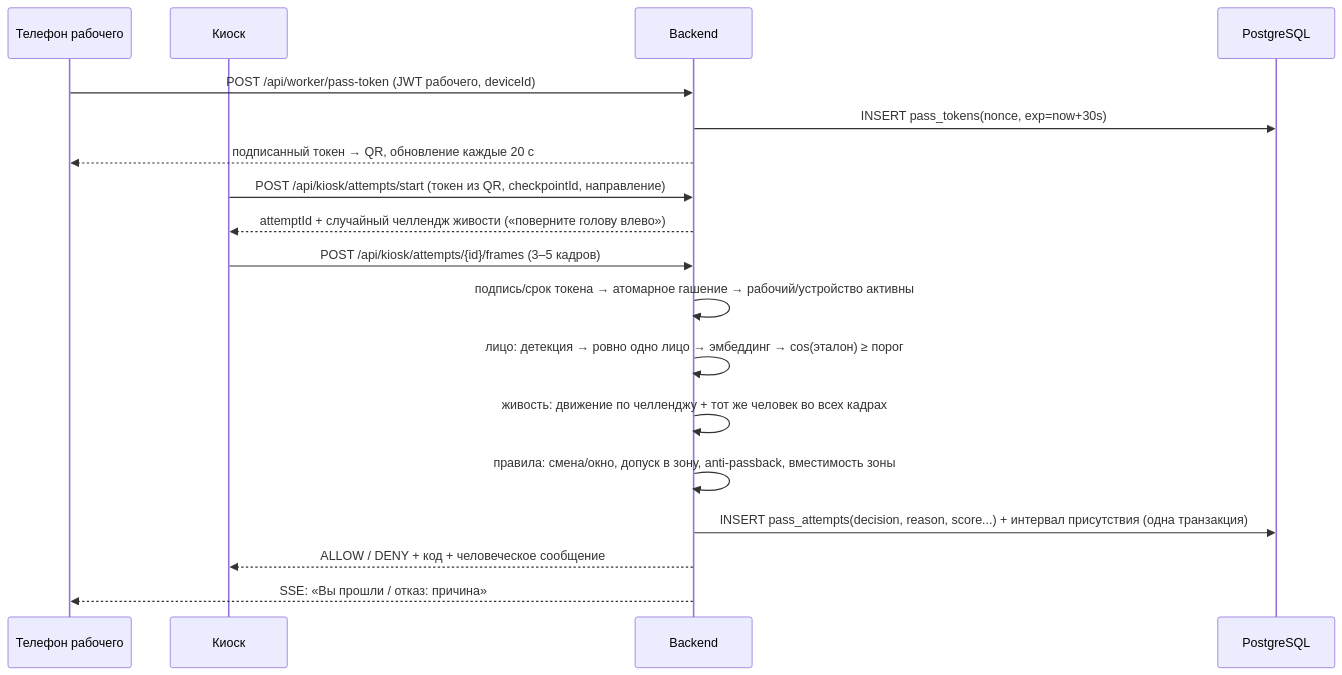
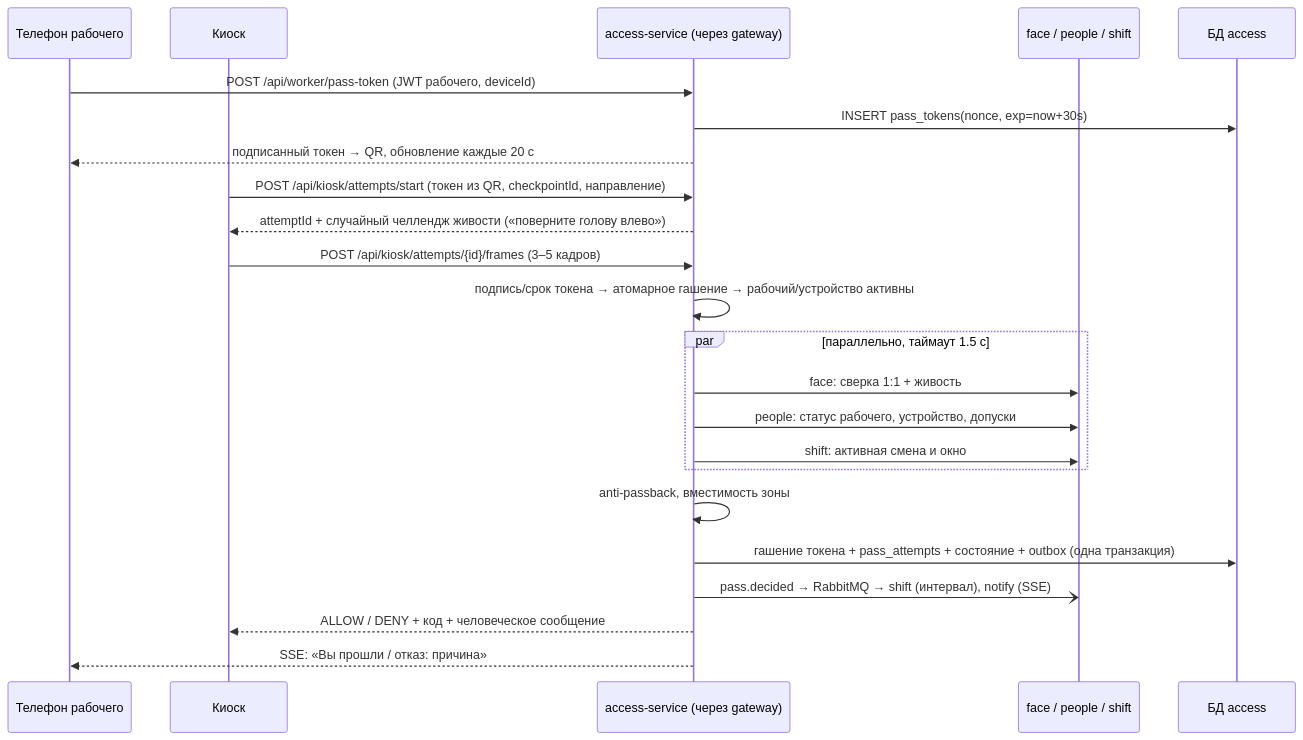
Before and after one commit to Digital-Hustle/sber-hack: the second of 3 diagrams in proxodnaya/docs/ARCHITECTURE.md, drawn with Mermaid. The commit also changed other lines of this file and 25 other files, not shown here.

First line of the commit message:
feat(proxodnaya): переход на микросервисы — gateway + 6 сервисов, RabbitMQ, outbox, Jaeger (ADR-015..019)

````diff
--- a/proxodnaya/docs/ARCHITECTURE.md
+++ b/proxodnaya/docs/ARCHITECTURE.md
@@ -37,20 +66,25 @@
 ```mermaid
 sequenceDiagram
   participant W as Телефон рабочего
   participant K as Киоск
-  participant B as Backend
-  participant DB as PostgreSQL
+  participant B as access-service (через gateway)
+  participant F as face / people / shift
+  participant DB as БД access
   W->>B: POST /api/worker/pass-token (JWT рабочего, deviceId)
   B->>DB: INSERT pass_tokens(nonce, exp=now+30s)
   B-->>W: подписанный токен → QR, обновление каждые 20 с
   K->>B: POST /api/kiosk/attempts/start (токен из QR, checkpointId, направление)
   B-->>K: attemptId + случайный челлендж живости («поверните голову влево»)
   K->>B: POST /api/kiosk/attempts/{id}/frames (3–5 кадров)
   B->>B: подпись/срок токена → атомарное гашение → рабочий/устройство активны
-  B->>B: лицо: детекция → ровно одно лицо → эмбеддинг → cos(эталон) ≥ порог
-  B->>B: живость: движение по челленджу + тот же человек во всех кадрах
-  B->>B: правила: смена/окно, допуск в зону, anti-passback, вместимость зоны
-  B->>DB: INSERT pass_attempts(decision, reason, score...) + интервал присутствия (одна транзакция)
+  par параллельно, таймаут 1.5 с
+    B->>F: face: сверка 1:1 + живость
+    B->>F: people: статус рабочего, устройство, допуски
+    B->>F: shift: активная смена и окно
+  end
+  B->>B: anti-passback, вместимость зоны
+  B->>DB: гашение токена + pass_attempts + состояние + outbox (одна транзакция)
+  B-)F: pass.decided → RabbitMQ → shift (интервал), notify (SSE)
   B-->>K: ALLOW / DENY + код + человеческое сообщение
   B-->>W: SSE: «Вы прошли / отказ: причина»
 ```
````
